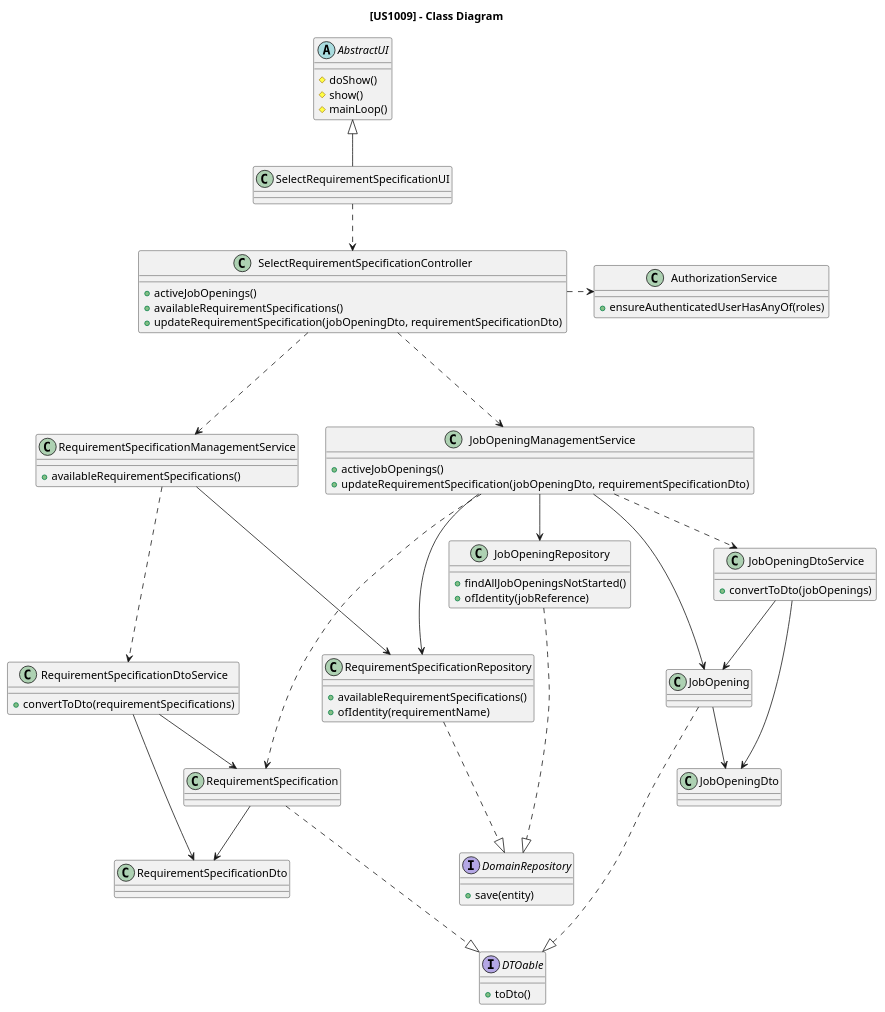
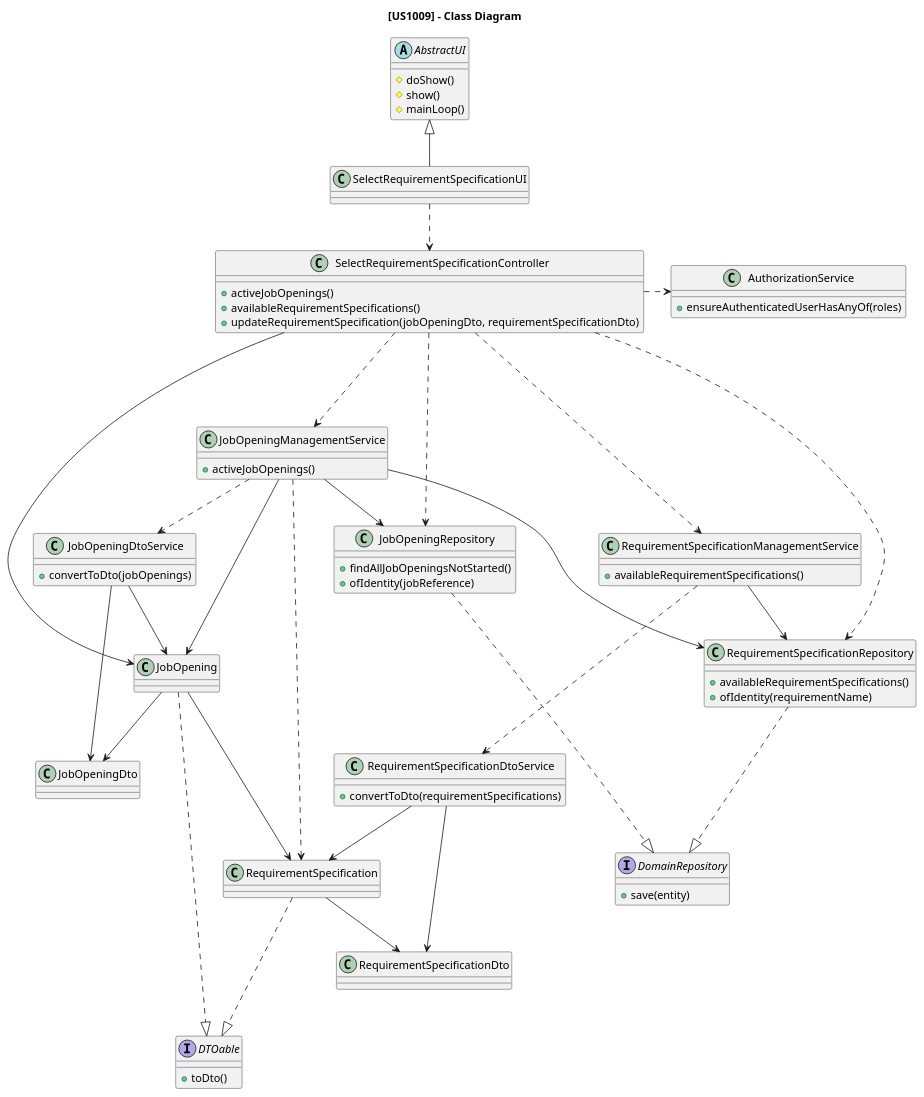
One commit to rita-barbosa/LAPR4-2324 changed the diagram in docs/sb_us_1009/class-diagram.puml. Above: the diagram before and after it, drawn with PlantUML. The commit also changed 1 other file, not shown here.

Commit message:
docs: corrects class diagram mistake regarding associations. [#91]

```diff
--- a/docs/sb_us_1009/class-diagram.puml
+++ b/docs/sb_us_1009/class-diagram.puml
@@ -1,86 +1,89 @@
 @startuml
 
 title [US1009] - Class Diagram
 
 abstract class AbstractUI {
     # doShow()
     # show()
     # mainLoop()
 }
 
 class AuthorizationService {
     +  ensureAuthenticatedUserHasAnyOf(roles)
 }
 
 class JobOpeningManagementService {
 + activeJobOpenings()
-+ updateRequirementSpecification(jobOpeningDto, requirementSpecificationDto)
 }
 class JobOpeningDtoService {
 + convertToDto(jobOpenings)
 }
 
 class RequirementSpecificationManagementService {
 + availableRequirementSpecifications()
 }
 class RequirementSpecificationDtoService {
 + convertToDto(requirementSpecifications)
 }
 
 class SelectRequirementSpecificationUI {}
 
 class SelectRequirementSpecificationController{
 + activeJobOpenings()
 + availableRequirementSpecifications()
 + updateRequirementSpecification(jobOpeningDto, requirementSpecificationDto)
 }
 
 class JobOpeningRepository{
 + findAllJobOpeningsNotStarted()
 + ofIdentity(jobReference)
 }
 class RequirementSpecificationRepository{
 + availableRequirementSpecifications()
 + ofIdentity(requirementName)
 }
 interface DomainRepository{
 + save(entity)
 }
 class JobOpening{
 }
 class RequirementSpecification{
 }
 interface DTOable {
 + toDto()
 }
 
 
 AbstractUI <|-- SelectRequirementSpecificationUI
 SelectRequirementSpecificationUI .-> SelectRequirementSpecificationController
 
 SelectRequirementSpecificationController .> AuthorizationService
 SelectRequirementSpecificationController .--> JobOpeningManagementService
 SelectRequirementSpecificationController .--> RequirementSpecificationManagementService
+SelectRequirementSpecificationController .--> JobOpeningRepository
+SelectRequirementSpecificationController .--> RequirementSpecificationRepository
+SelectRequirementSpecificationController --> JobOpening
 
 JobOpeningManagementService --> JobOpeningRepository
 JobOpeningManagementService .-> JobOpeningDtoService
 JobOpeningDtoService --> JobOpening
 JobOpeningManagementService --> JobOpening
 JobOpeningManagementService .-> RequirementSpecification
 JobOpeningManagementService ---> RequirementSpecificationRepository
 JobOpeningDtoService --> JobOpeningDto
 
 RequirementSpecificationManagementService --> RequirementSpecificationRepository
 RequirementSpecificationManagementService .--> RequirementSpecificationDtoService
 RequirementSpecificationDtoService --> RequirementSpecification
 RequirementSpecificationDtoService --> RequirementSpecificationDto
 
 JobOpeningRepository .--|> DomainRepository
 RequirementSpecificationRepository .--|> DomainRepository
 
 JobOpening .--|> DTOable
 RequirementSpecification .--|> DTOable
 JobOpening --> JobOpeningDto
 RequirementSpecification --> RequirementSpecificationDto
+JobOpening ---> RequirementSpecification
 
 @enduml
```
